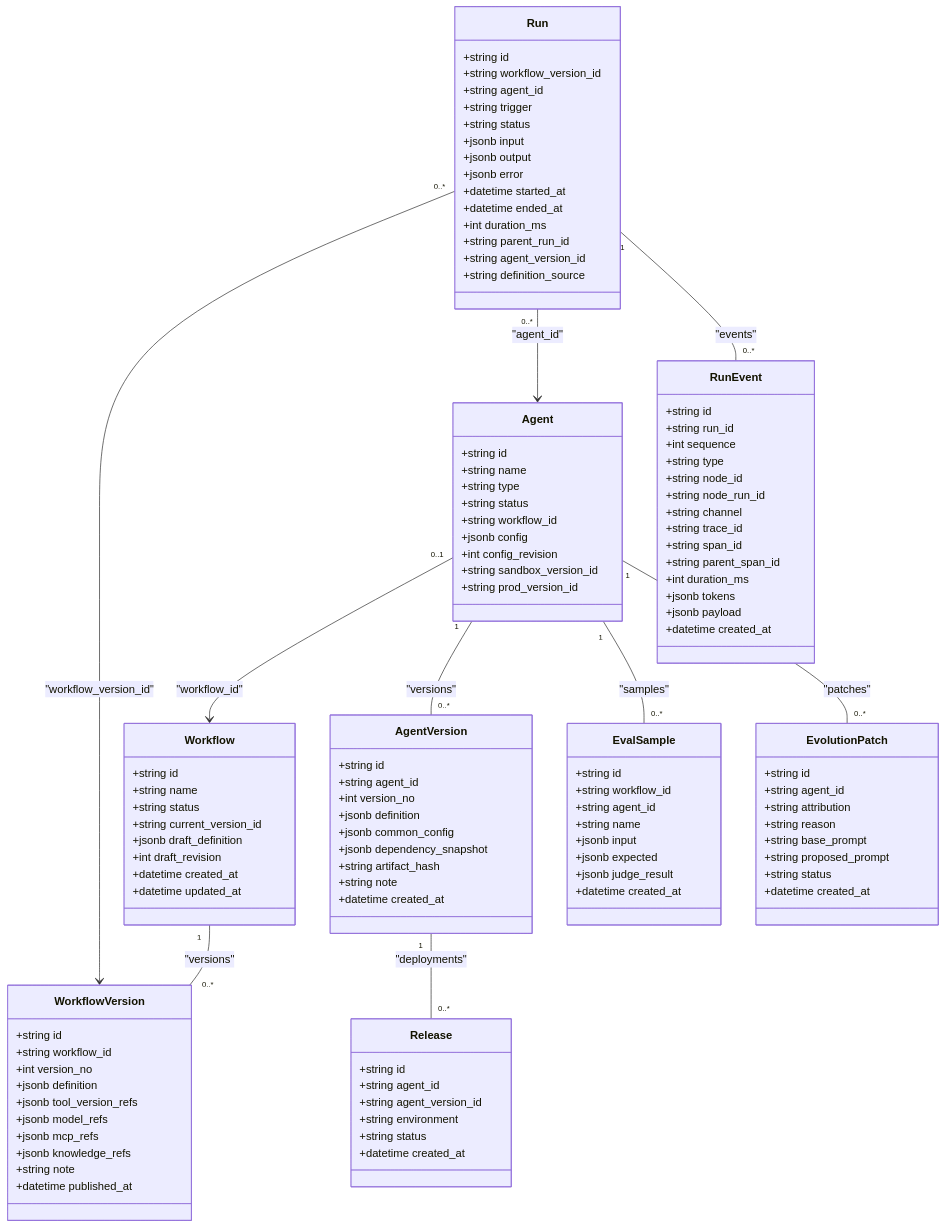
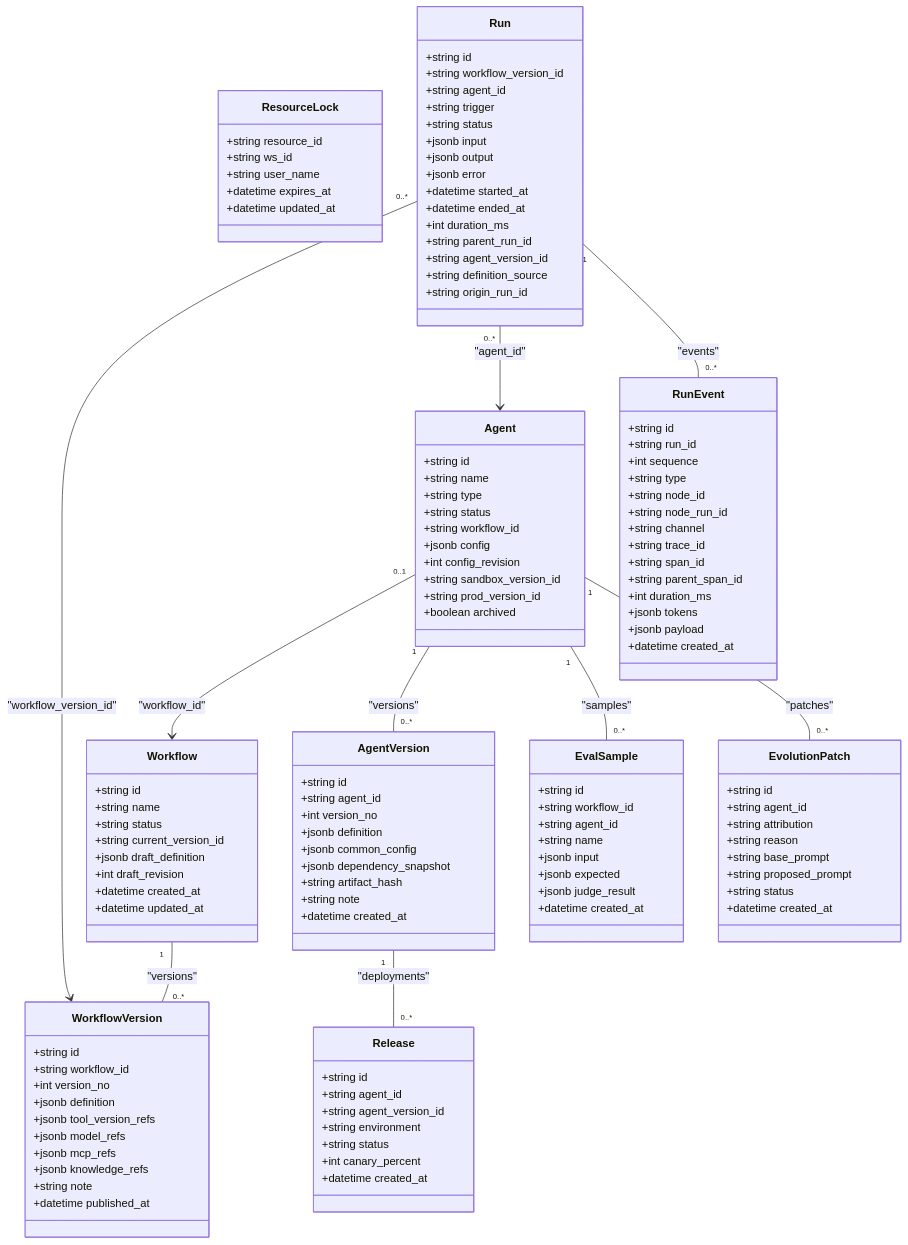
One commit to huiliuxu780/MoreThanCorn changed the second of 3 diagrams in .qoder/repowiki/zh/content/Agent 与工作流域.md. Above: the diagram before and after it, drawn with Mermaid. The commit also changed other lines of this file and 147 other files, not shown here.

```diff
--- a/.qoder/repowiki/zh/content/Agent 与工作流域.md
+++ b/.qoder/repowiki/zh/content/Agent 与工作流域.md
@@ -234,6 +261,7 @@
 +int config_revision
 +string sandbox_version_id
 +string prod_version_id
++boolean archived
 }
 class AgentVersion {
 +string id
@@ -252,7 +280,15 @@
 +string agent_version_id
 +string environment
 +string status
++int canary_percent
 +datetime created_at
+}
+class ResourceLock {
++string resource_id
++string ws_id
++string user_name
++datetime expires_at
++datetime updated_at
 }
 class EvalSample {
 +string id
@@ -289,6 +325,7 @@
 +string parent_run_id
 +string agent_version_id
 +string definition_source
++string origin_run_id
 }
 class RunEvent {
 +string id
```
